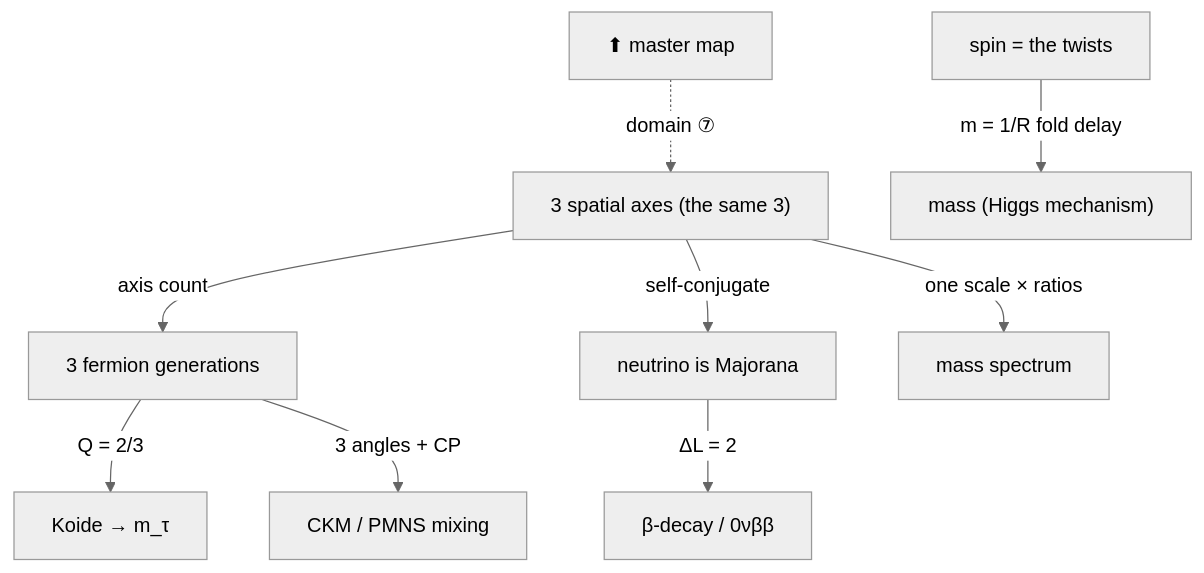
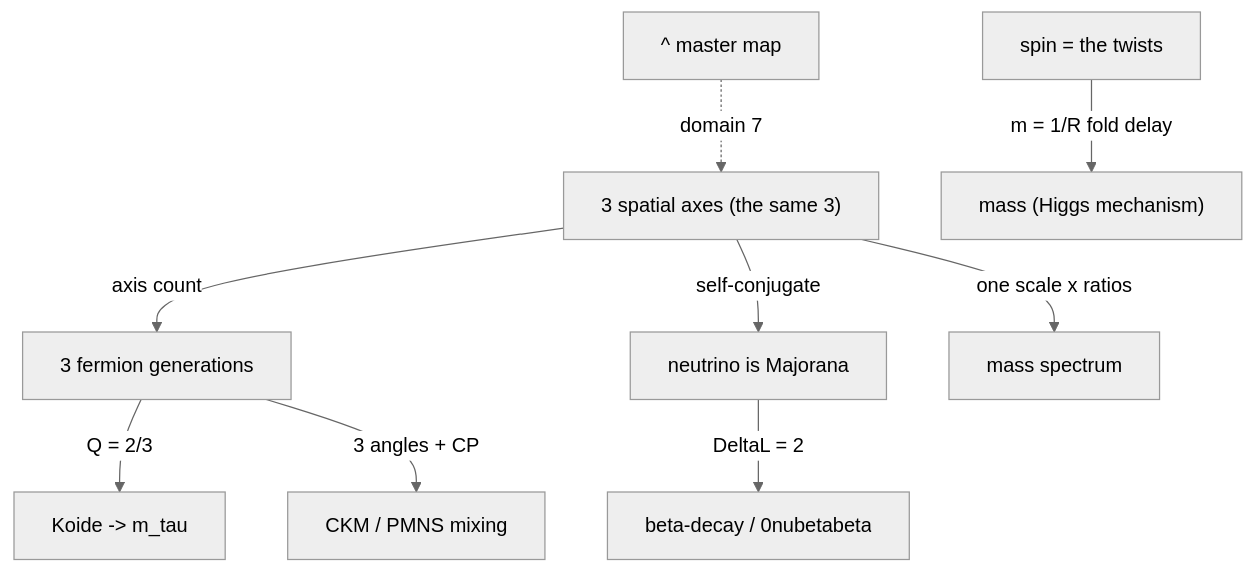
Before and after one commit to jimscarver/quantum-logical-framework: the eighth of 11 diagrams in FlowChart.md, drawn with Mermaid (neutral theme). The commit also changed other lines of this file, not shown here.

First line of the commit message:
FlowChart.md: flatten <br/> and all unicode to ASCII in Mermaid blocks (render robustness)

````diff
--- a/FlowChart.md
+++ b/FlowChart.md
@@ -153,11 +153,11 @@
 ```mermaid
 flowchart TD
-  H7["⬆ master map"] -.->|"domain ⑦"| TH["3 spatial axes (the same 3)"]
+  H7["^ master map"] -.->|"domain 7"| TH["3 spatial axes (the same 3)"]
   TH -->|"axis count"| GEN["3 fermion generations"]
-  GEN -->|"Q = 2/3"| KO["Koide → m_τ"]
+  GEN -->|"Q = 2/3"| KO["Koide -> m_tau"]
   GEN -->|"3 angles + CP"| MX["CKM / PMNS mixing"]
   TH -->|"self-conjugate"| NU["neutrino is Majorana"]
-  NU -->|"ΔL = 2"| BD["β-decay / 0νββ"]
-  TH -->|"one scale × ratios"| MS["mass spectrum"]
+  NU -->|"DeltaL = 2"| BD["beta-decay / 0nubetabeta"]
+  TH -->|"one scale x ratios"| MS["mass spectrum"]
   SP["spin = the twists"] -->|"m = 1/R fold delay"| HG["mass (Higgs mechanism)"]
 ```
````
